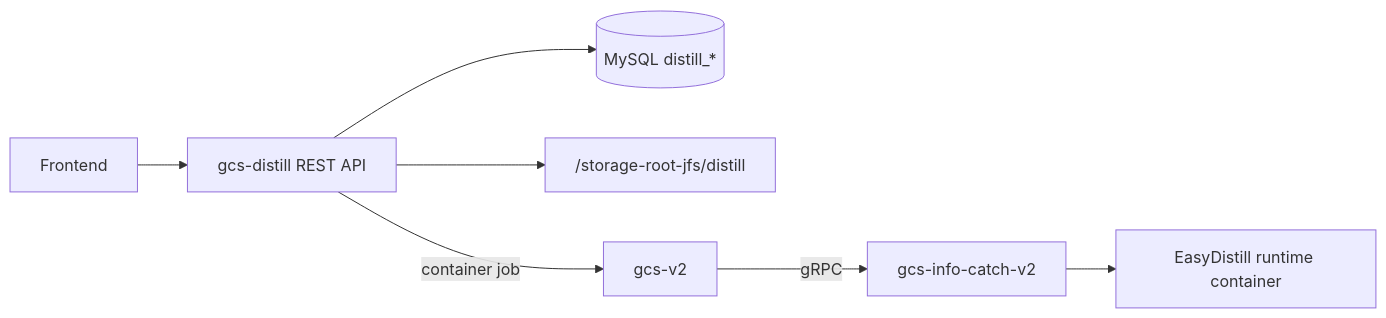
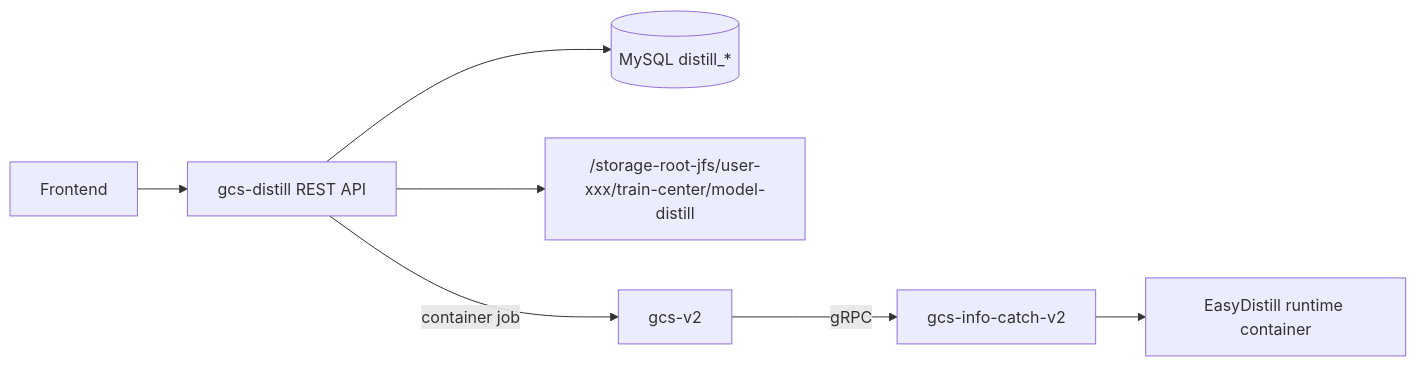
One commit to ReyRen/gcs-distill changed the diagram in docs/frontend-integration-handoff.md. Above: the diagram before and after it, drawn with Mermaid. The commit also changed other lines of this file and 9 other files, not shown here.

Commit message:
Align distill storage directory boundaries

````diff
--- a/docs/frontend-integration-handoff.md
+++ b/docs/frontend-integration-handoff.md
@@ -27,9 +27,9 @@
 ```mermaid
 flowchart LR
     FE["Frontend"] --> DS["gcs-distill REST API"]
     DS --> DB[(MySQL distill_*)]
-    DS --> FS["/storage-root-jfs/distill"]
+    DS --> FS["/storage-root-jfs/user-xxx/train-center/model-distill"]
     DS -->|"container job"| GCS["gcs-v2"]
     GCS -->|"gRPC"| Worker["gcs-info-catch-v2"]
     Worker --> Runtime["EasyDistill runtime container"]
 ```
````
